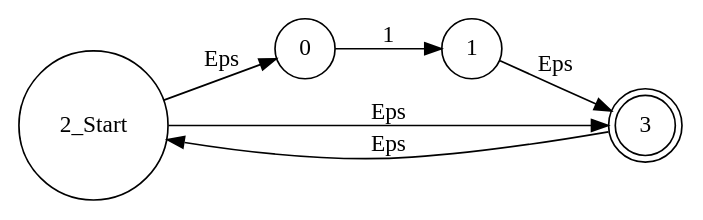
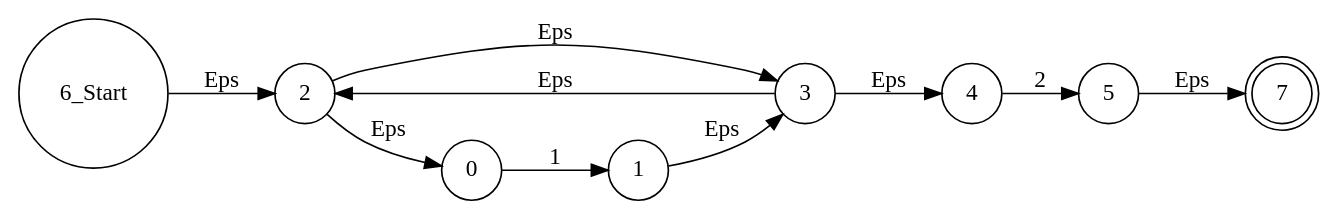
Before and after one commit to vnmsklnk/Interpreter-RegEx: the diagram in src/Interpreter/data/AstToDotB.dot, drawn with Graphviz. The commit also changed 10 other files, not shown here.

```diff
--- a/src/Interpreter/data/AstToDotB.dot
+++ b/src/Interpreter/data/AstToDotB.dot
@@ -1,17 +1,25 @@
 digraph nfa
 {
 rankdir = LR
 node [shape = circle];
-2[shape = circle, label = "2_Start"]
+6[shape = circle, label = "6_Start"]
 0 -> 1 [label = "1"]
 
 1 -> 3 [label = "Eps"]
 
 2 -> 0 [label = "Eps"]
 
 2 -> 3 [label = "Eps"]
 
 3 -> 2 [label = "Eps"]
 
-3[shape = doublecircle]
+3 -> 4 [label = "Eps"]
+
+6 -> 2 [label = "Eps"]
+
+4 -> 5 [label = "2"]
+
+5 -> 7 [label = "Eps"]
+
+7[shape = doublecircle]
 }
```
